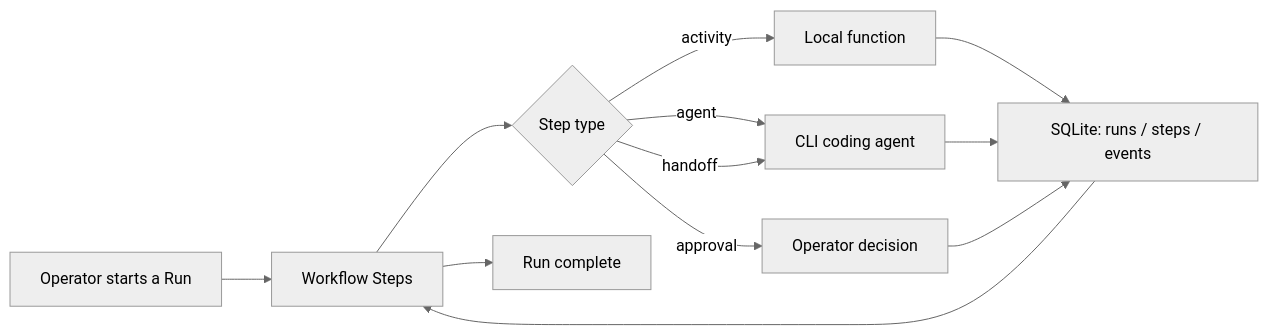
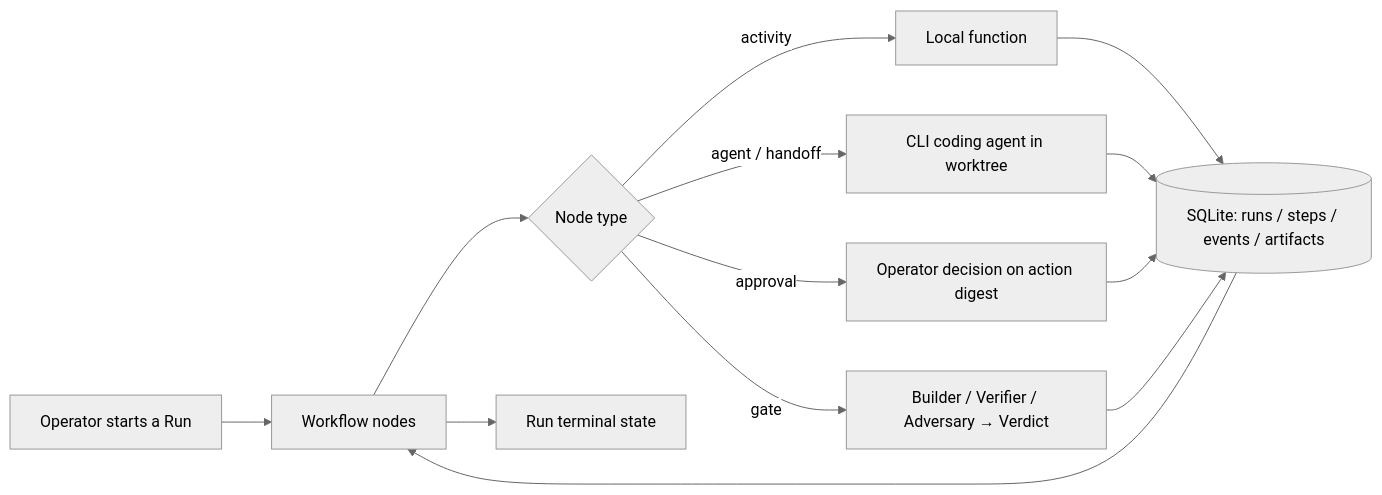
The diagram in README.md (bentman/JARVIS-AWF), drawn with Mermaid (neutral theme) before and after one commit. The commit also changed other lines of this file, not shown here.

````diff
--- a/README.md
+++ b/README.md
@@ -15,14 +26,15 @@
 ```mermaid
 flowchart LR
-    A[Operator starts a Run] --> B[Workflow Steps]
-    B --> C{Step type}
+    A[Operator starts a Run] --> B[Workflow nodes]
+    B --> C{Node type}
     C -->|activity| D[Local function]
-    C -->|agent| E[CLI coding agent]
-    C -->|approval| F[Operator decision]
-    C -->|handoff| E
-    D --> G[SQLite: runs / steps / events]
-    E --> G
-    F --> G
-    G --> B
-    B --> H[Run complete]
+    C -->|agent / handoff| E[CLI coding agent in worktree]
+    C -->|approval| F[Operator decision on action digest]
+    C -->|gate| G[Builder / Verifier / Adversary → Verdict]
+    D --> H[(SQLite: runs / steps / events / artifacts)]
+    E --> H
+    F --> H
+    G --> H
+    H --> B
+    B --> I[Run terminal state]
 ```
````
